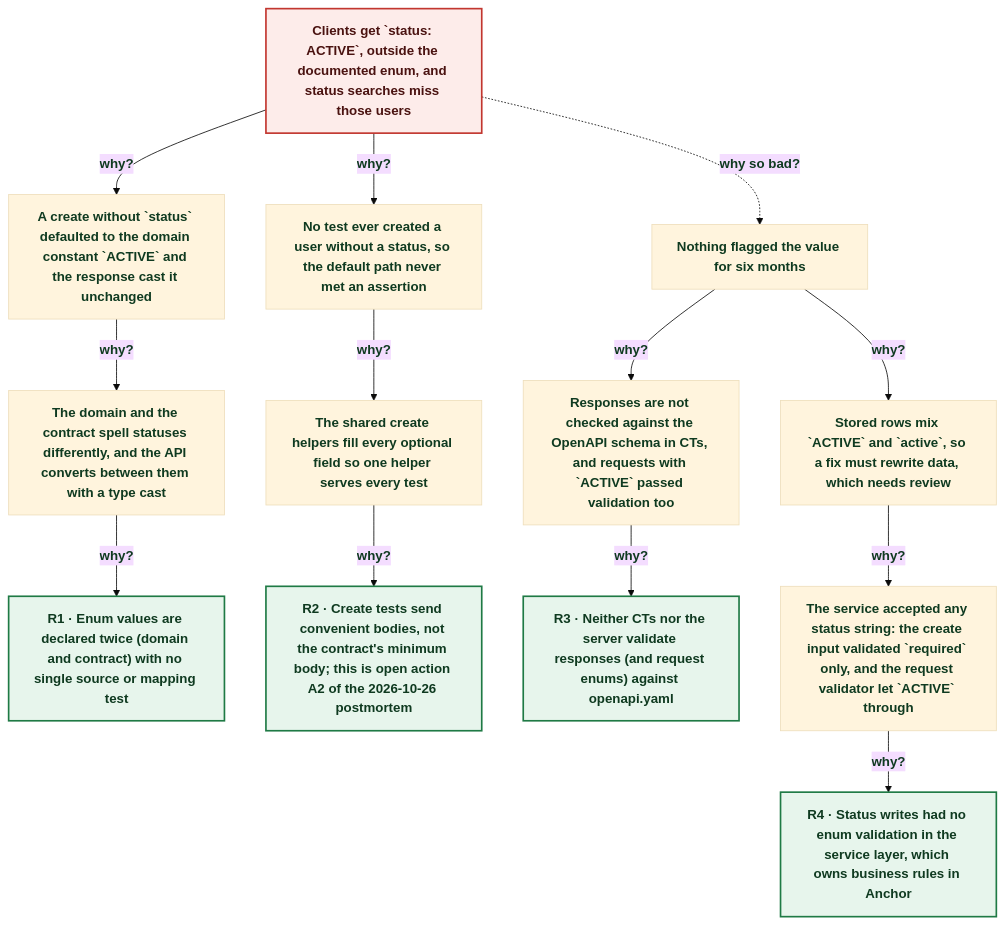
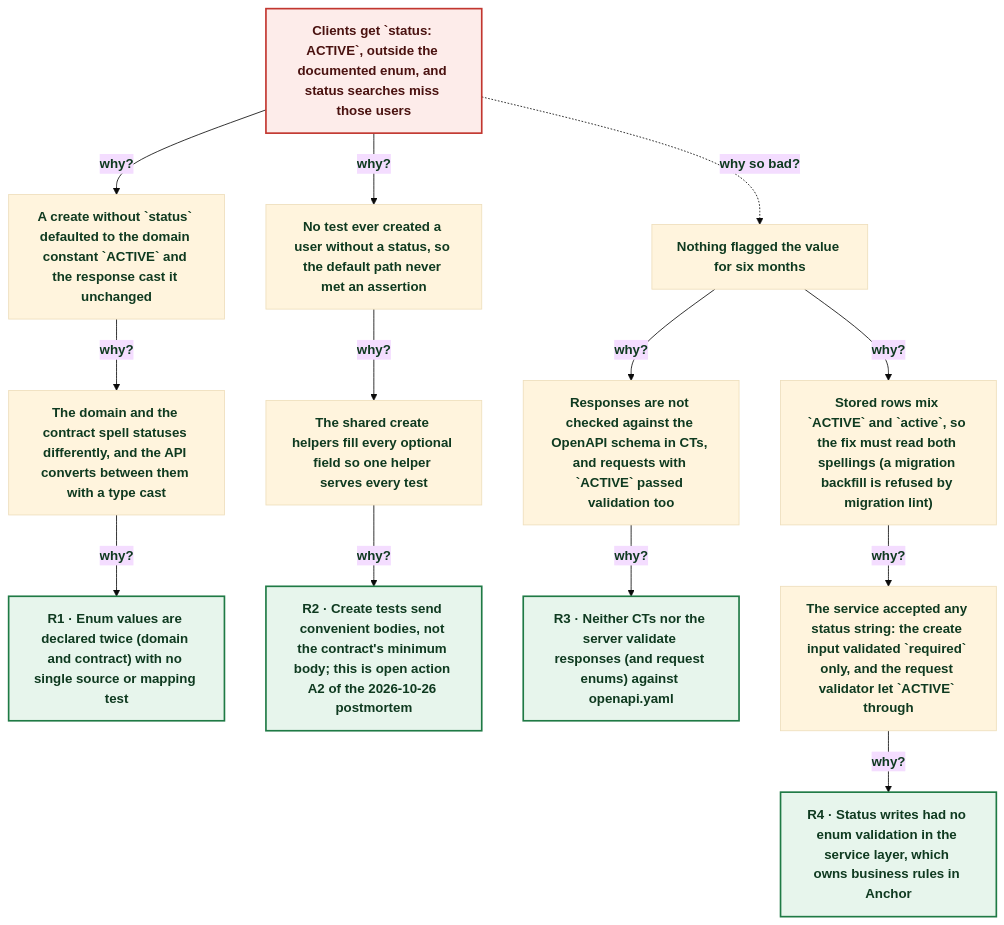
The diagram in docs/postmortems/2026-11-04-product-user-status-enum.md (nanostack-dev/anchor), drawn with Mermaid (base theme) before and after one commit. The commit also changed other lines of this file and 8 other files, not shown here.

First line of the commit message:
fix(product-users): read legacy ACTIVE rows as active instead of a backfill

````diff
--- a/docs/postmortems/2026-11-04-product-user-status-enum.md
+++ b/docs/postmortems/2026-11-04-product-user-status-enum.md
@@ -56,33 +56,33 @@
 ```mermaid
 flowchart TD
   P["Clients get `status: ACTIVE`, outside the documented enum, and status searches miss those users"]
   W1["A create without `status` defaulted to the domain constant `ACTIVE` and the response cast it unchanged"]
   W2["The domain and the contract spell statuses differently, and the API converts between them with a type cast"]
   R1["R1 · Enum values are declared twice (domain and contract) with no single source or mapping test"]
   W3["No test ever created a user without a status, so the default path never met an assertion"]
   W4["The shared create helpers fill every optional field so one helper serves every test"]
   R2["R2 · Create tests send convenient bodies, not the contract's minimum body; this is open action A2 of the 2026-10-26 postmortem"]
   W5["Nothing flagged the value for six months"]
   W6["Responses are not checked against the OpenAPI schema in CTs, and requests with `ACTIVE` passed validation too"]
   R3["R3 · Neither CTs nor the server validate responses (and request enums) against openapi.yaml"]
-  W7["Stored rows mix `ACTIVE` and `active`, so a fix must rewrite data, which needs review"]
+  W7["Stored rows mix `ACTIVE` and `active`, so the fix must read both spellings (a migration backfill is refused by migration lint)"]
   W8["The service accepted any status string: the create input validated `required` only, and the request validator let `ACTIVE` through"]
   R4["R4 · Status writes had no enum validation in the service layer, which owns business rules in Anchor"]
   P -->|why?| W1
   W1 -->|why?| W2
   W2 -->|why?| R1
   P -->|why?| W3
   W3 -->|why?| W4
   W4 -->|why?| R2
   P -.->|why so bad?| W5
   W5 -->|why?| W6
   W6 -->|why?| R3
   W5 -->|why?| W7
   W7 -->|why?| W8
   W8 -->|why?| R4
   class P problem
   class R1,R2,R3,R4 root
   classDef problem fill:#fdecea,stroke:#c2362f,stroke-width:2px,color:#4a1210
   classDef root fill:#e7f5ec,stroke:#1f7a45,stroke-width:2px,color:#0f3a20,font-weight:bold
   classDef open fill:#fff4d9,stroke:#9a6200,stroke-dasharray:5 4,color:#3f2a00
 ```
````
